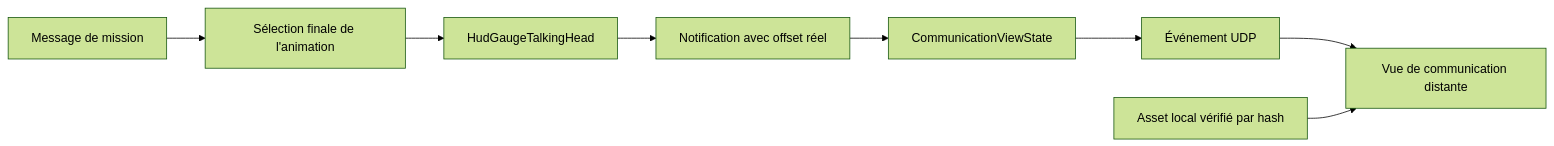
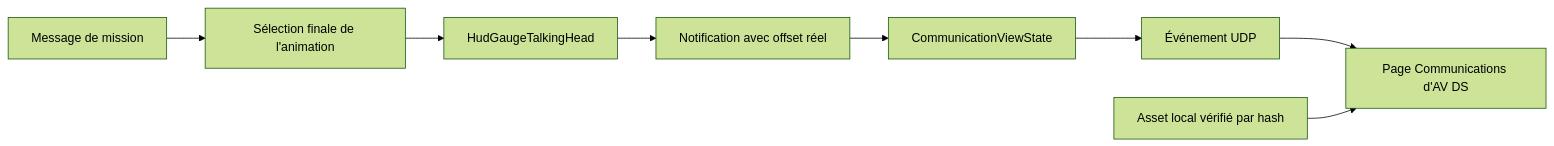
Before and after one commit to dabatnot/fso_telemetry: the third of 3 diagrams in documentation/analysis/02-telemetry-architecture.md, drawn with Mermaid (forest theme). The commit also changed other lines of this file and 55 other files, not shown here.

````diff
--- a/documentation/analysis/02-telemetry-architecture.md
+++ b/documentation/analysis/02-telemetry-architecture.md
@@ -252,15 +254,15 @@
 ```mermaid
 flowchart LR
     Message["Message de mission"]
     Resolve["Sélection finale de l'animation"]
     Gauge["HudGaugeTalkingHead"]
     Hook["Notification avec offset réel"]
     State["CommunicationViewState"]
     UDP["Événement UDP"]
     Asset["Asset local vérifié par hash"]
-    Remote["Vue de communication distante"]
+    Remote["Page Communications d'AV DS"]
 
     Message --> Resolve --> Gauge --> Hook
     Hook --> State --> UDP --> Remote
     Asset --> Remote
 ```
````
